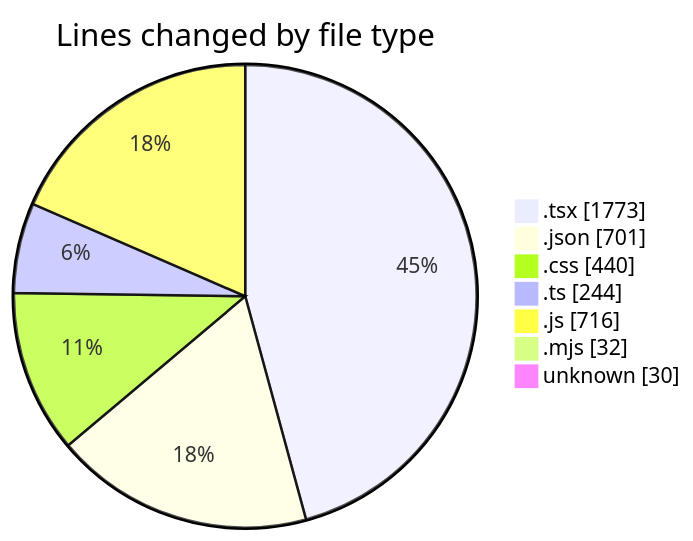
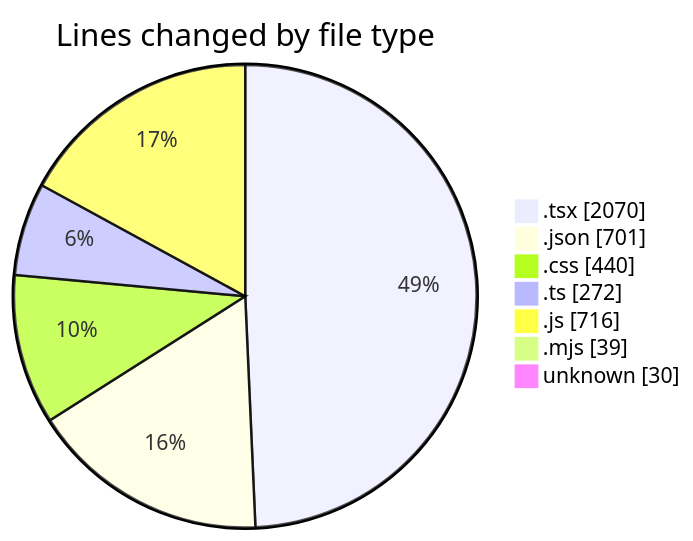
One commit to Elitesun/code-tracking changed the first of 2 diagrams in 2025-05-04/niten/README.md. Above: the diagram before and after it, drawn with Mermaid. The commit also changed other lines of this file and 1 other file, not shown here.

````diff
--- a/2025-05-04/niten/README.md
+++ b/2025-05-04/niten/README.md
@@ -59,11 +62,11 @@
 ```mermaid
 pie showData
 title Lines changed by file type
-".tsx" : 1773
+".tsx" : 2070
 ".json" : 701
 ".css" : 440
-".ts" : 244
+".ts" : 272
 ".js" : 716
-".mjs" : 32
+".mjs" : 39
 "unknown" : 30
 ```
````
